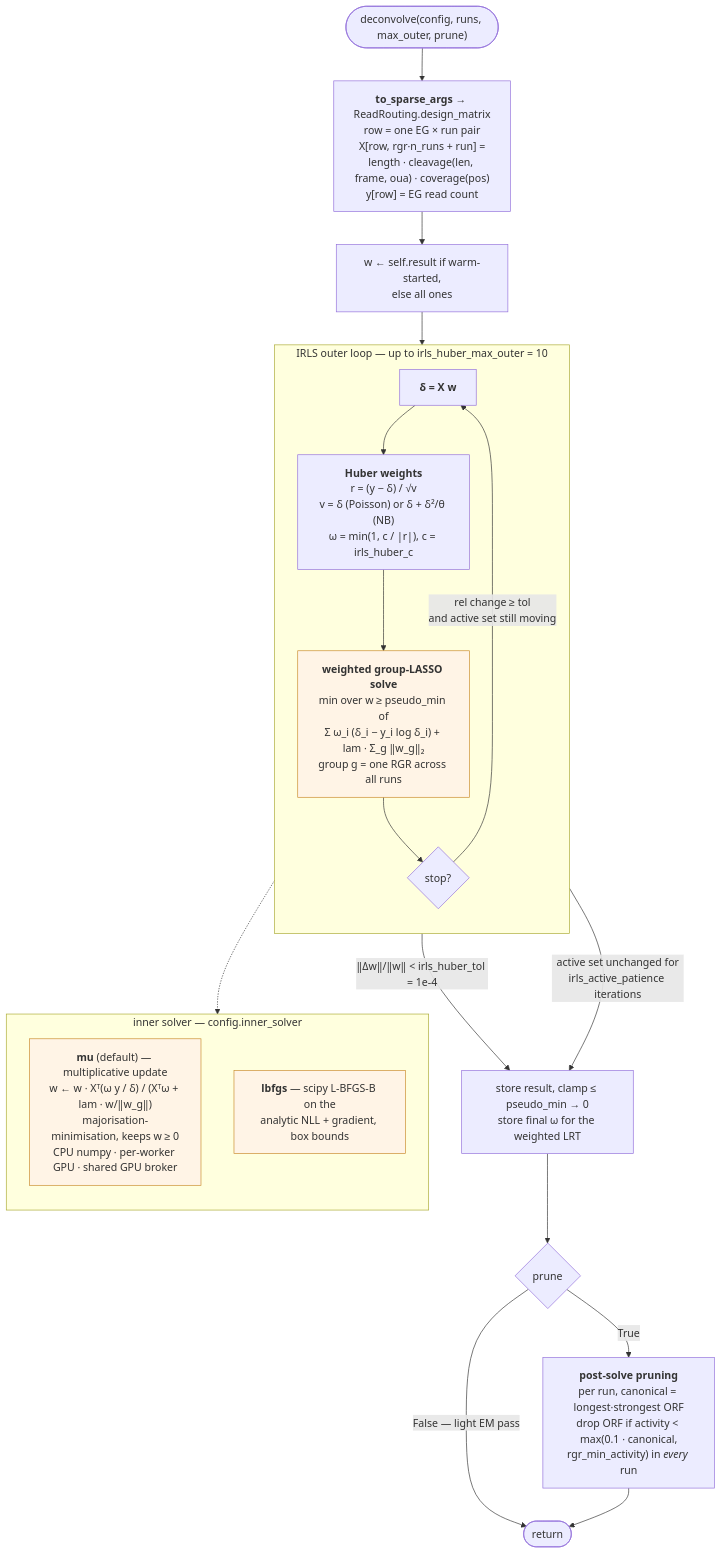
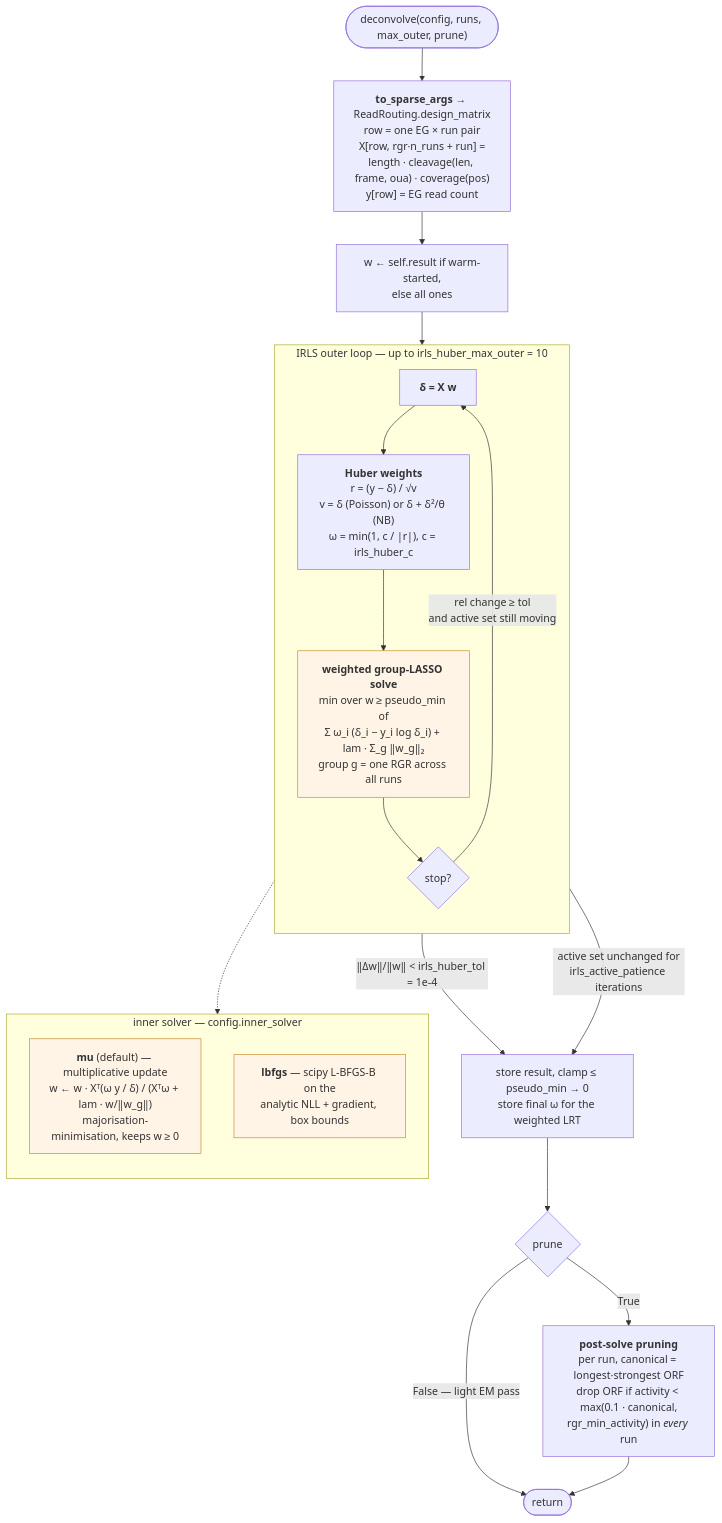
One commit to kilian-m/PRICE2 changed the third of 5 diagrams in docs/deconvolution.md. Above: the diagram before and after it, drawn with Mermaid. The commit also changed other lines of this file and 7 other files, not shown here.

First line of the commit message:
Remove the GPU offload of the multiplicative updates so that the CPU solver is the only path

````diff
--- a/docs/deconvolution.md
+++ b/docs/deconvolution.md
@@ -132,33 +132,33 @@
 ```mermaid
 flowchart TD
     A(["deconvolve(config, runs, max_outer, prune)"]) --> B["<b>to_sparse_args</b> → ReadRouting.design_matrix<br/>row = one EG × run pair<br/>X[row, rgr·n_runs + run] =<br/>length · cleavage(len, frame, oua) · coverage(pos)<br/>y[row] = EG read count"]
     B --> C["w ← self.result if warm-started,<br/>else all ones"]
 
     subgraph IRLS ["IRLS outer loop — up to irls_huber_max_outer = 10"]
         direction TB
         D["<b>δ = X w</b>"]
         D --> H["<b>Huber weights</b><br/>r = (y − δ) / √v<br/>v = δ (Poisson) or δ + δ²/θ (NB)<br/>ω = min(1, c / |r|), c = irls_huber_c"]
         H --> S["<b>weighted group-LASSO solve</b><br/>min over w ≥ pseudo_min of<br/>Σ ω_i (δ_i − y_i log δ_i) + lam · Σ_g ‖w_g‖₂<br/>group g = one RGR across all runs"]
         S --> T{"stop?"}
         T -->|"rel change ≥ tol<br/>and active set still moving"| D
     end
 
     subgraph INNER ["inner solver — config.inner_solver"]
         direction TB
-        MU["<b>mu</b> (default) — multiplicative update<br/>w ← w · Xᵀ(ω y / δ) / (Xᵀω + lam · w/‖w_g‖)<br/>majorisation-minimisation, keeps w ≥ 0<br/>CPU numpy · per-worker GPU · shared GPU broker"]
+        MU["<b>mu</b> (default) — multiplicative update<br/>w ← w · Xᵀ(ω y / δ) / (Xᵀω + lam · w/‖w_g‖)<br/>majorisation-minimisation, keeps w ≥ 0"]
         LB["<b>lbfgs</b> — scipy L-BFGS-B on the<br/>analytic NLL + gradient, box bounds"]
     end
 
     C --> D
     S -.-> INNER
     T -->|"‖Δw‖/‖w‖ &lt; irls_huber_tol = 1e-4"| STORE
     T -->|"active set unchanged for<br/>irls_active_patience iterations"| STORE
 
     STORE["store result, clamp ≤ pseudo_min → 0<br/>store final ω for the weighted LRT"] --> P{"prune"}
     P -->|"False — light EM pass"| RET(["return"])
     P -->|"True"| PR["<b>post-solve pruning</b><br/>per run, canonical = longest·strongest ORF<br/>drop ORF if activity &lt; max(0.1 · canonical,<br/>rgr_min_activity) in <i>every</i> run"]
     PR --> RET
 
     classDef hot fill:#fff4e6,stroke:#c98a2b
     class S,MU,LB hot
 ```
````
